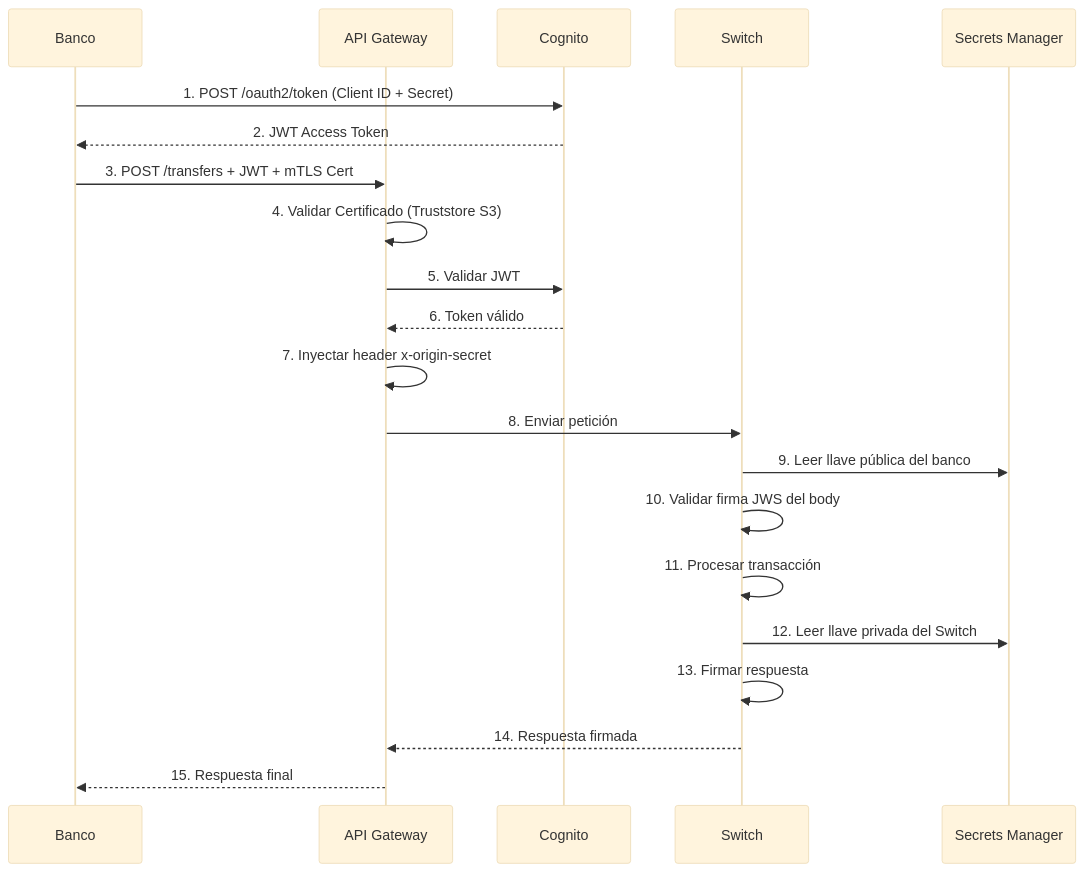
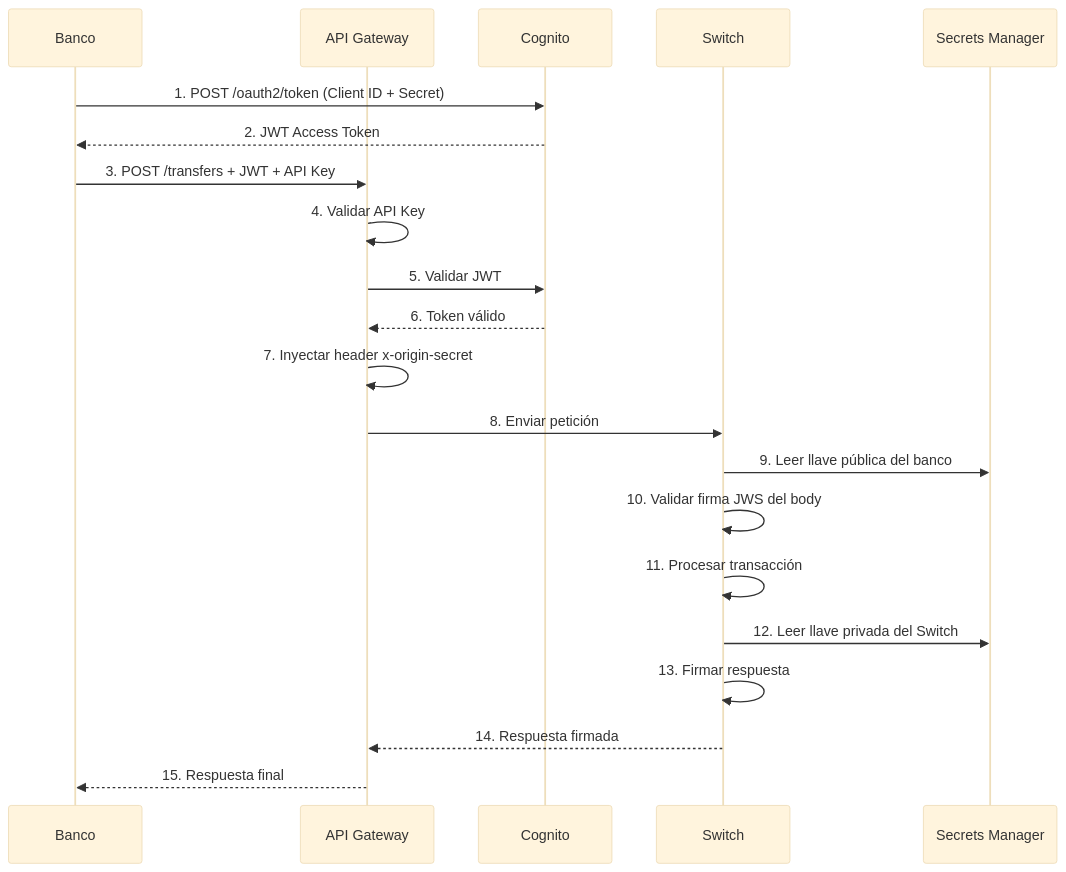
Before and after one commit to StephaniRiveraE/infra-bancaria-terraform: the second of 2 diagrams in README.md, drawn with Mermaid (base theme). The commit also changed other lines of this file and 6 other files, not shown here.

Commit message:
feat: Implement API Gateway security with OAuth JWT and API Keys, replacing mTLS and updating related documentation.

````diff
--- a/README.md
+++ b/README.md
@@ -239,27 +240,27 @@
 ```mermaid
 sequenceDiagram
     participant Banco
     participant APIM as API Gateway
     participant Cognito
     participant Switch
     participant Secrets as Secrets Manager
     
     Banco->>Cognito: 1. POST /oauth2/token (Client ID + Secret)
     Cognito-->>Banco: 2. JWT Access Token
     
-    Banco->>APIM: 3. POST /transfers + JWT + mTLS Cert
-    APIM->>APIM: 4. Validar Certificado (Truststore S3)
+    Banco->>APIM: 3. POST /transfers + JWT + API Key
+    APIM->>APIM: 4. Validar API Key
     APIM->>Cognito: 5. Validar JWT
     Cognito-->>APIM: 6. Token válido
     
     APIM->>APIM: 7. Inyectar header x-origin-secret
     APIM->>Switch: 8. Enviar petición
     
     Switch->>Secrets: 9. Leer llave pública del banco
     Switch->>Switch: 10. Validar firma JWS del body
     Switch->>Switch: 11. Procesar transacción
     Switch->>Secrets: 12. Leer llave privada del Switch
     Switch->>Switch: 13. Firmar respuesta
     Switch-->>APIM: 14. Respuesta firmada
     APIM-->>Banco: 15. Respuesta final
 ```
````
